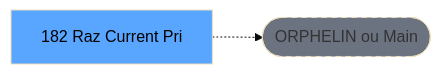
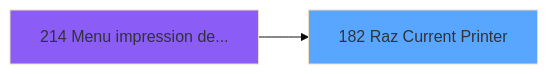
The second of 3 diagrams in .openspec/specs/ADH-IDE-182.md (thonyAGP/magic-migration), drawn with Mermaid (base theme) before and after one commit. The commit also changed other lines of this file and 311 other files, not shown here.

````diff
--- a/.openspec/specs/ADH-IDE-182.md
+++ b/.openspec/specs/ADH-IDE-182.md
@@ -121,8 +114,8 @@
 ```mermaid
 graph LR
-    T[182 Raz Current Pri]
-    ORPHAN([ORPHELIN ou Main])
-    T -.-> ORPHAN
-    style T fill:#58a6ff,color:#000
-    style ORPHAN fill:#6b7280,stroke-dasharray: 5 5
+    T182[182 Raz Current Printer]
+    style T182 fill:#58a6ff
+    CC214[214 Menu impression de...]
+    style CC214 fill:#8b5cf6
+    CC214 --> T182
 ```
````
